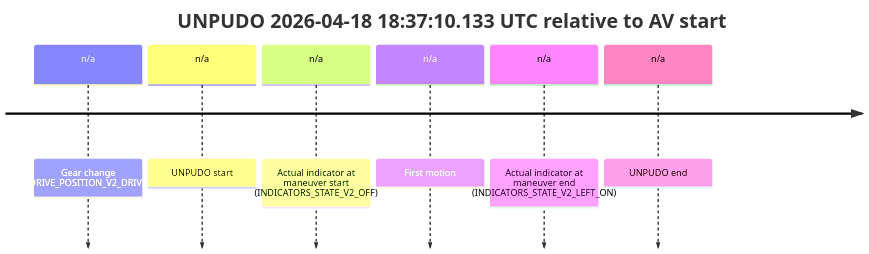
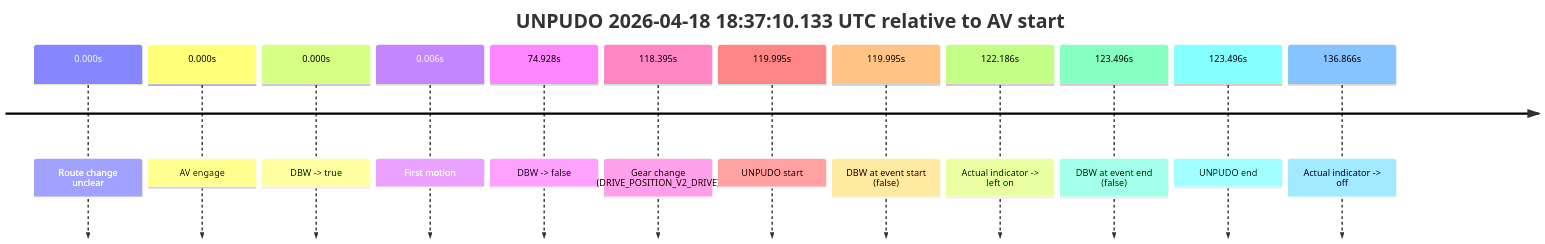
One commit to yoelshapiro/vault changed the third of 4 diagrams in model_analysis/report_cards/2026/04/Week-3/fme20002--2026-04-18--17-34-19--gen2-av-77b0276e-4dd4-4e7b-9741-57ed2d79f66f.md. Above: the diagram before and after it, drawn with Mermaid. The commit also changed other lines of this file and 41 other files, not shown here.

````diff
--- a/model_analysis/report_cards/2026/04/Week-3/fme20002--2026-04-18--17-34-19--gen2-av-77b0276e-4dd4-4e7b-9741-57ed2d79f66f.md
+++ b/model_analysis/report_cards/2026/04/Week-3/fme20002--2026-04-18--17-34-19--gen2-av-77b0276e-4dd4-4e7b-9741-57ed2d79f66f.md
@@ -281,10 +225,16 @@
 ```mermaid
 timeline
     title UNPUDO 2026-04-18 18:37:10.133 UTC relative to AV start
-    n/a : Gear change (DRIVE_POSITION_V2_DRIVE)
-    n/a : UNPUDO start
-    n/a : Actual indicator at maneuver start (INDICATORS_STATE_V2_OFF)
-    n/a : First motion
-    n/a : Actual indicator at maneuver end (INDICATORS_STATE_V2_LEFT_ON)
-    n/a : UNPUDO end
+    0.000s : Route change unclear
+    0.000s : AV engage
+    0.000s : DBW -> true
+    0.006s : First motion
+    74.928s : DBW -> false
+    118.395s : Gear change (DRIVE_POSITION_V2_DRIVE)
+    119.995s : UNPUDO start
+    119.995s : DBW at event start (false)
+    122.186s : Actual indicator -> left on
+    123.496s : DBW at event end (false)
+    123.496s : UNPUDO end
+    136.866s : Actual indicator -> off
 ```
````
